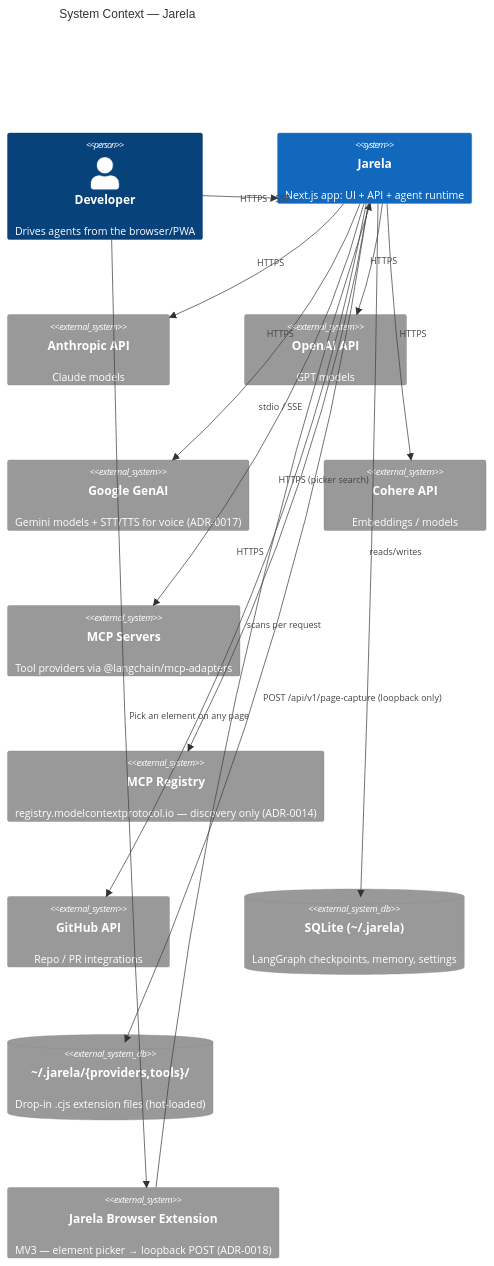
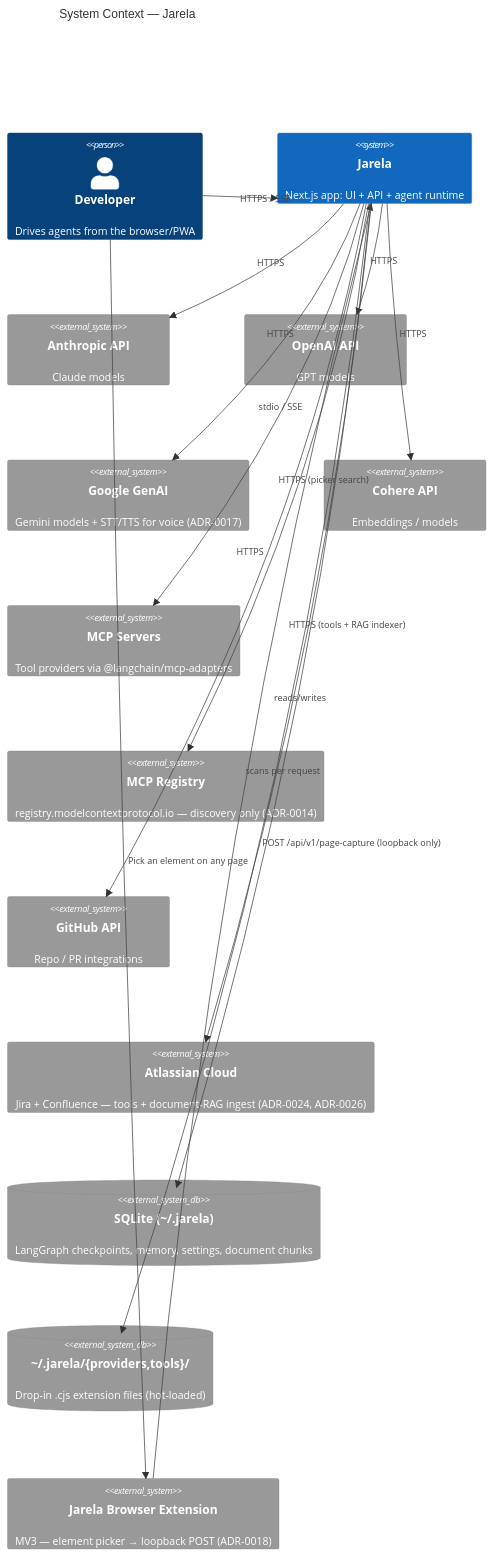
Before and after one commit to CircuitWall/jarela: the diagram in README.md, drawn with Mermaid. The commit also changed 18 other files, not shown here.

First line of the commit message:
feat(documents): add remote document-RAG sources for Jira + Confluence (ADR-0026)

````diff
--- a/README.md
+++ b/README.md
@@ -678,29 +678,31 @@
 ```mermaid
 C4Context
     title System Context — Jarela
     Person(user, "Developer", "Drives agents from the browser/PWA")
     System(jarela, "Jarela", "Next.js app: UI + API + agent runtime")
     System_Ext(anthropic, "Anthropic API", "Claude models")
     System_Ext(openai, "OpenAI API", "GPT models")
     System_Ext(google, "Google GenAI", "Gemini models + STT/TTS for voice (ADR-0017)")
     System_Ext(cohere, "Cohere API", "Embeddings / models")
     System_Ext(mcp, "MCP Servers", "Tool providers via @langchain/mcp-adapters")
     System_Ext(mcpreg, "MCP Registry", "registry.modelcontextprotocol.io — discovery only (ADR-0014)")
     System_Ext(github, "GitHub API", "Repo / PR integrations")
-    SystemDb_Ext(sqlite, "SQLite (~/.jarela)", "LangGraph checkpoints, memory, settings")
+    System_Ext(atlassian, "Atlassian Cloud", "Jira + Confluence — tools + document-RAG ingest (ADR-0024, ADR-0026)")
+    SystemDb_Ext(sqlite, "SQLite (~/.jarela)", "LangGraph checkpoints, memory, settings, document chunks")
     SystemDb_Ext(extdir, "~/.jarela/{providers,tools}/", "Drop-in .cjs extension files (hot-loaded)")
     System_Ext(browserext, "Jarela Browser Extension", "MV3 — element picker → loopback POST (ADR-0018)")
 
     Rel(user, jarela, "HTTPS / SSE")
     Rel(user, browserext, "Pick an element on any page")
     Rel(browserext, jarela, "POST /api/v1/page-capture (loopback only)")
     Rel(jarela, anthropic, "HTTPS")
     Rel(jarela, openai, "HTTPS")
     Rel(jarela, google, "HTTPS")
     Rel(jarela, cohere, "HTTPS")
     Rel(jarela, mcp, "stdio / SSE")
     Rel(jarela, mcpreg, "HTTPS (picker search)")
     Rel(jarela, github, "HTTPS")
+    Rel(jarela, atlassian, "HTTPS (tools + RAG indexer)")
     Rel(jarela, sqlite, "reads/writes")
     Rel(jarela, extdir, "scans per request")
 ```
````
